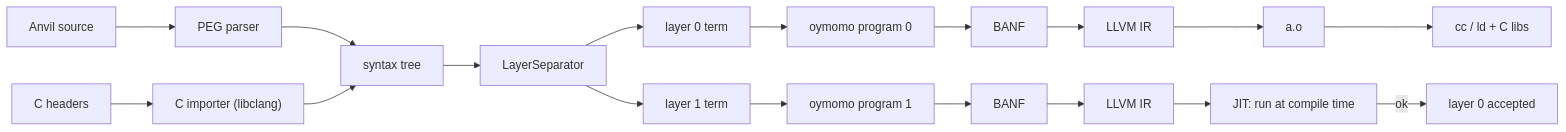
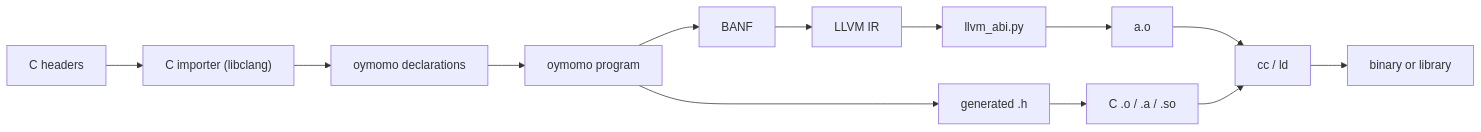
One commit to tapl-org/tapl changed the first of 2 diagrams in oymo/docs/plan_c_interop.md. Above: the diagram before and after it, drawn with Mermaid. The commit also changed other lines of this file and 3 other files, not shown here.

Commit message:
docs: add plans for Anvil language and LLVM-style metadata support

````diff
--- a/oymo/docs/plan_c_interop.md
+++ b/oymo/docs/plan_c_interop.md
@@ -39,11 +44,10 @@
 ```mermaid
 flowchart LR
-  src["Anvil source"] --> parse["PEG parser"] --> tree["syntax tree"]
-  tree --> sep["LayerSeparator"]
-  sep --> l0["layer 0 term"] --> o0["oymomo program 0"]
-  sep --> l1["layer 1 term"] --> o1["oymomo program 1"]
-  o1 --> b1["BANF"] --> ll1["LLVM IR"] --> jit["JIT: run at compile time"]
-  jit -- "ok" --> accept["layer 0 accepted"]
-  o0 --> b0["BANF"] --> ll0["LLVM IR"] --> obj["a.o"] --> link["cc / ld + C libs"]
-  hdr["C headers"] --> imp["C importer (libclang)"] --> tree
+  hdr["C headers"] --> imp["C importer (libclang)"] --> decl["oymomo declarations"]
+  decl --> prog["oymomo program"]
+  prog --> banf["BANF"] --> ll["LLVM IR"] --> abi["llvm_abi.py"] --> obj["a.o"]
+  obj --> link["cc / ld"]
+  cobj["C .o / .a / .so"] --> link
+  link --> bin["binary or library"]
+  prog --> h["generated .h"] --> cobj
 ```
````
